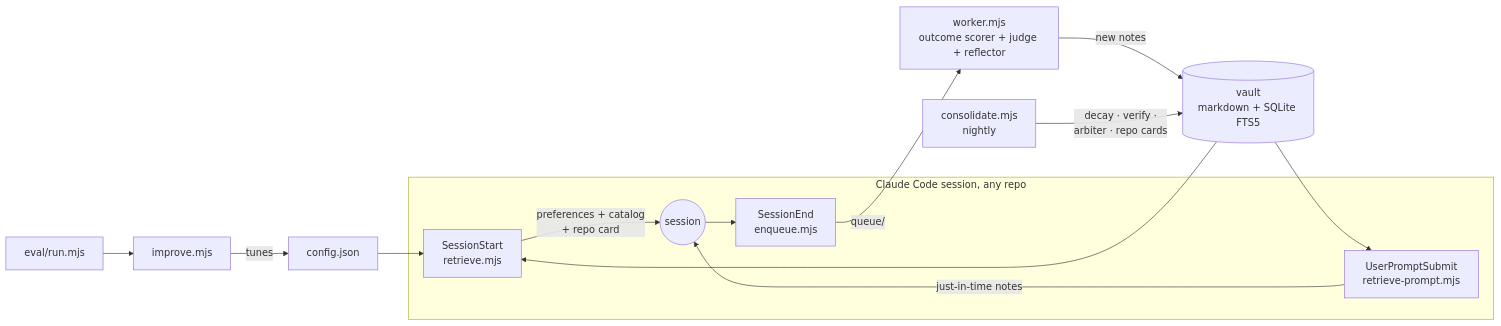
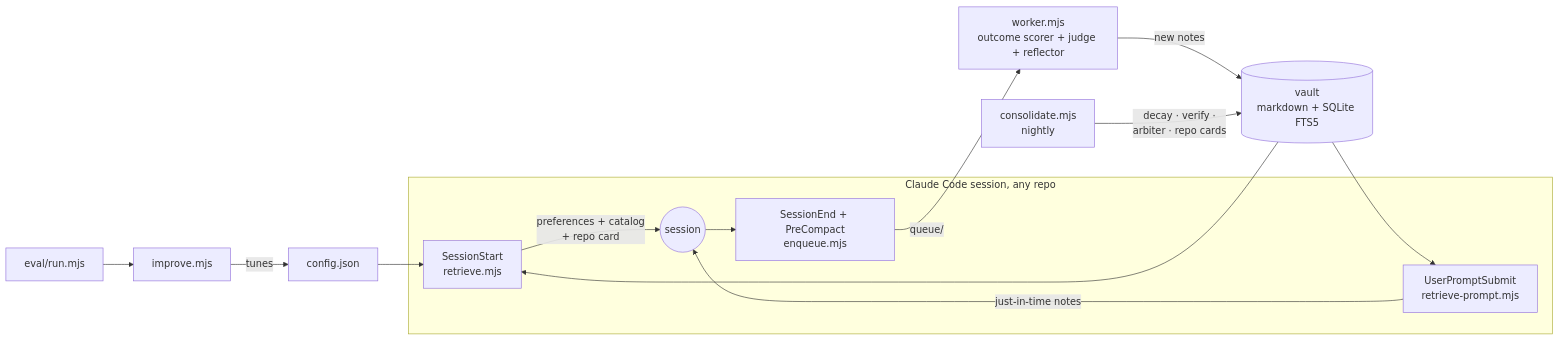
The diagram in README.md (kirti34n/unified-mem), drawn with Mermaid before and after one commit. The commit also changed other lines of this file and 2 other files, not shown here.

````diff
--- a/README.md
+++ b/README.md
@@ -76,14 +76,14 @@
 ```mermaid
 flowchart LR
     subgraph session [Claude Code session, any repo]
         A[SessionStart<br/>retrieve.mjs] -->|preferences + catalog<br/>+ repo card| B((session))
         P[UserPromptSubmit<br/>retrieve-prompt.mjs] -->|just-in-time notes| B
-        B --> C[SessionEnd<br/>enqueue.mjs]
+        B --> C[SessionEnd + PreCompact<br/>enqueue.mjs]
     end
     C -->|queue/| D[worker.mjs<br/>outcome scorer + judge + reflector]
     D -->|new notes| V[(vault<br/>markdown + SQLite FTS5)]
     V --> A
     V --> P
     N[consolidate.mjs<br/>nightly] -->|decay · verify ·<br/>arbiter · repo cards| V
     E[eval/run.mjs] --> I[improve.mjs] -->|tunes| K[config.json] --> A
 ```
````
